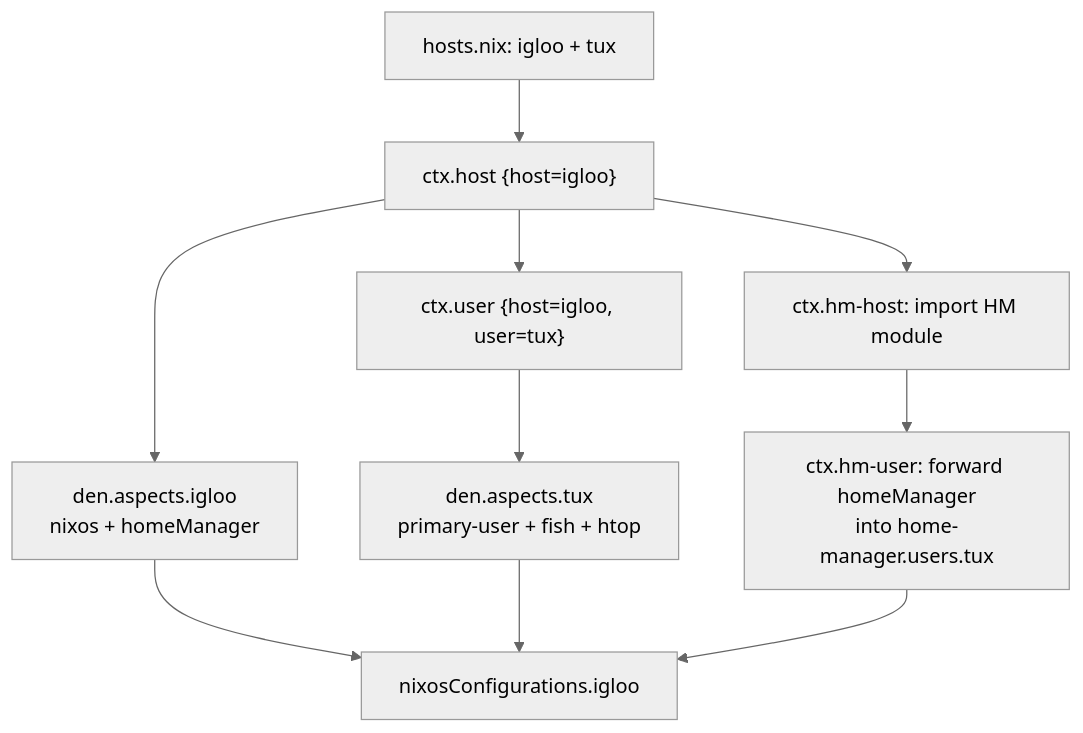
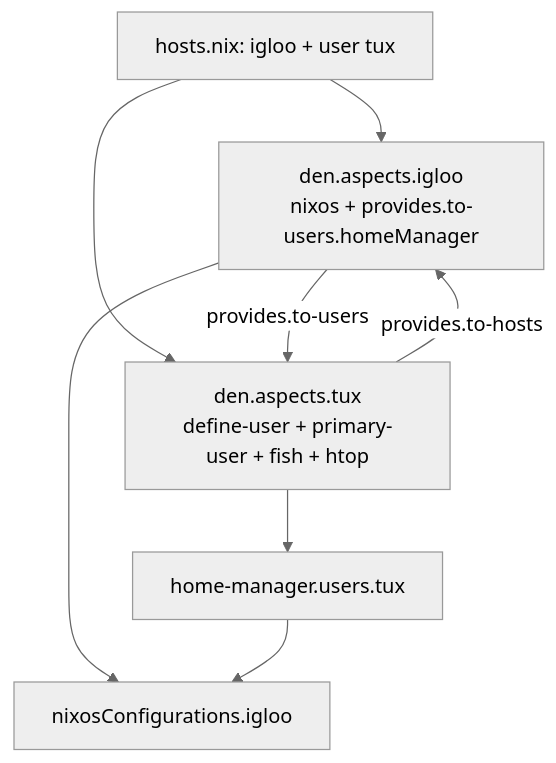
Before and after one commit to denful/den: the diagram in docs/src/content/docs/tutorials/default.mdx, drawn with Mermaid (neutral theme). The commit also changed other lines of this file and 56 other files, not shown here.

````diff
--- a/docs/src/content/docs/tutorials/default.mdx
+++ b/docs/src/content/docs/tutorials/default.mdx
@@ -154,12 +210,10 @@
 ```mermaid
 graph TD
-  H["hosts.nix: igloo + tux"] --> CH["ctx.host {host=igloo}"]
-  CH --> AI["den.aspects.igloo<br/>nixos + homeManager"]
-  CH --> CU["ctx.user {host=igloo, user=tux}"]
-  CU --> AT["den.aspects.tux<br/>primary-user + fish + htop"]
-  CH --> HM["ctx.hm-host: import HM module"]
-  HM --> HMU["ctx.hm-user: forward homeManager<br/>into home-manager.users.tux"]
+  H["hosts.nix: igloo + user tux"] --> AI["den.aspects.igloo<br/>nixos + provides.to-users.homeManager"]
+  H --> AT["den.aspects.tux<br/>define-user + primary-user + fish + htop"]
+  AI -->|"provides.to-users"| AT
+  AT -->|"provides.to-hosts"| AI
   AI --> NixOS["nixosConfigurations.igloo"]
-  AT --> NixOS
+  AT --> HMU["home-manager.users.tux"]
   HMU --> NixOS
 ```
````
